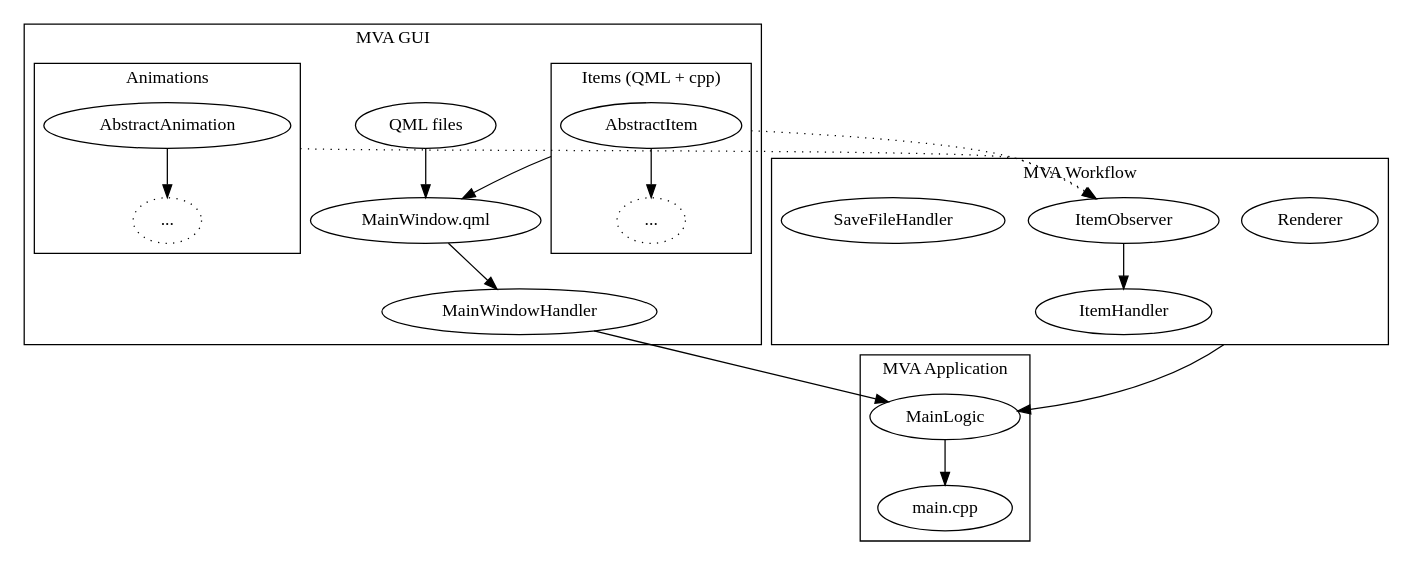
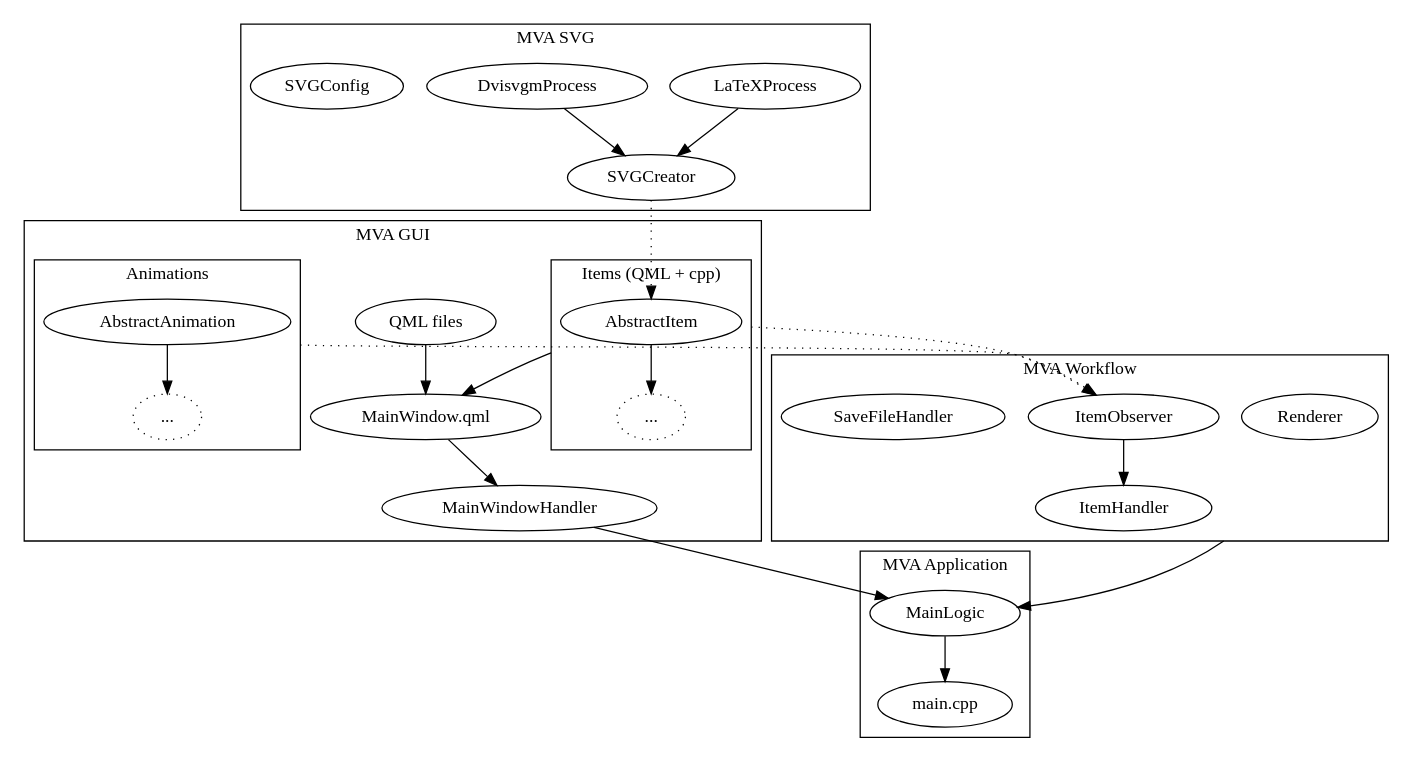
Before and after one commit to codingwithmagga/mathvizanimator: the diagram in docs/developer/project_structure.rst, drawn with Graphviz. The commit also changed other lines of this file and 51 other files, not shown here.

```diff
--- a/docs/developer/project_structure.rst
+++ b/docs/developer/project_structure.rst
@@ -6,35 +6,42 @@
 .. graphviz::
 
     digraph G {
         compound = true
+        subgraph "cluster_mva_svg" {
+            label = "MVA SVG";
+            LaTeXProcess -> SVGCreator
+            DvisvgmProcess -> SVGCreator    
+            SVGConfig 
+        }
         subgraph "cluster_mva_gui" {
             "MainWindow.qml" -> MainWindowHandler;
             "QML files" -> "MainWindow.qml"
             label = "MVA GUI";
             subgraph "cluster_mva_gui_items" {
                 " ..." [style=dotted];
                 AbstractItem -> " ..."
                 label = "Items (QML + cpp)";
             }
             subgraph "cluster_mva_gui_animations" {
                 "..." [style=dotted];
                 AbstractAnimation -> "...";
                 label = "Animations";
             }
         }
         subgraph "cluster_mva_app" {
             MainLogic -> "main.cpp";
             label = "MVA Application";
         }
         subgraph "cluster_mva_workflow" {
             ItemObserver -> ItemHandler; 
             Renderer;
             SaveFileHandler; 
             label = "MVA Workflow";
         }
         MainWindowHandler -> MainLogic;
         Renderer -> MainLogic [ltail=cluster_mva_workflow];
         AbstractItem -> "MainWindow.qml" [ltail=cluster_mva_gui_items];
         AbstractItem -> ItemObserver [ltail=cluster_mva_gui_items,style=dotted];
         AbstractAnimation -> ItemObserver [ltail=cluster_mva_gui_animations,style=dotted];
+        SVGCreator -> AbstractItem [ltail=cluster_mva_gui_items,style=dotted];
     }
```
